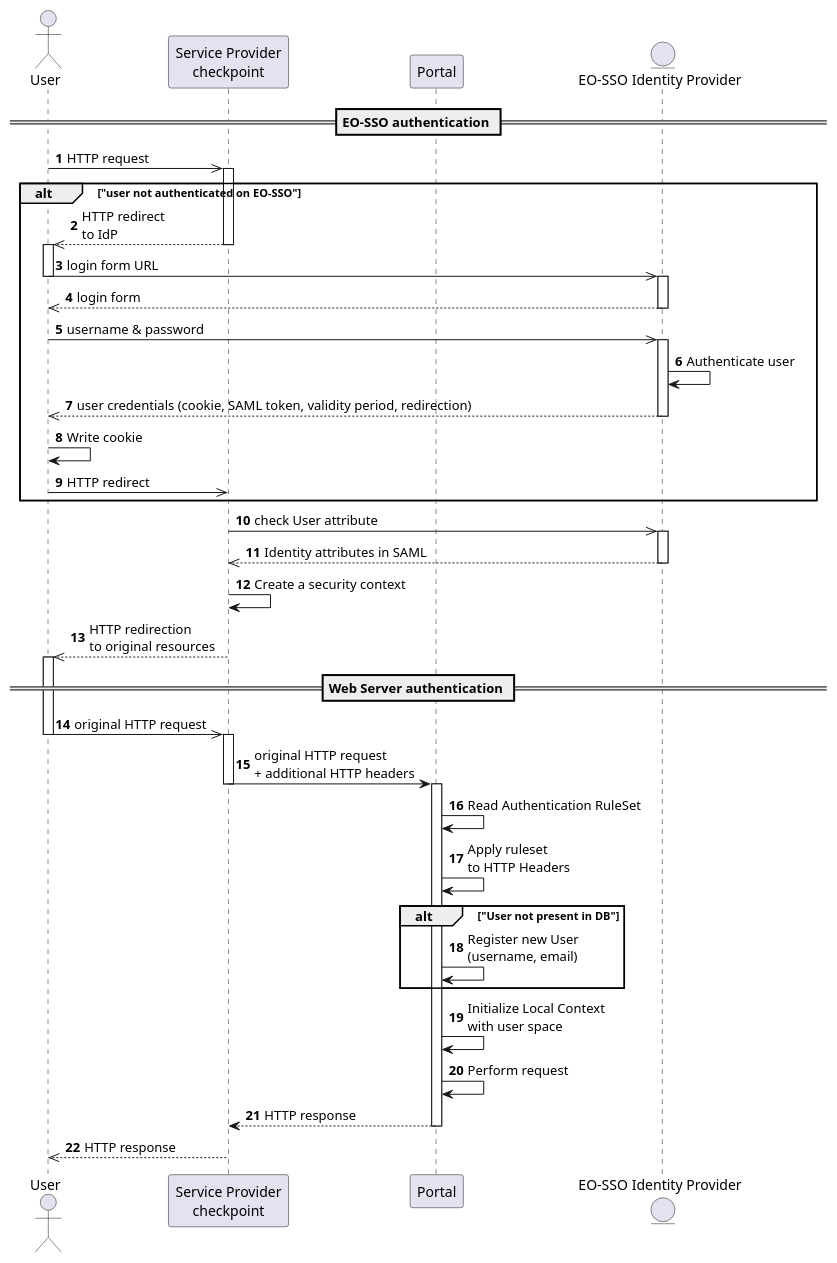
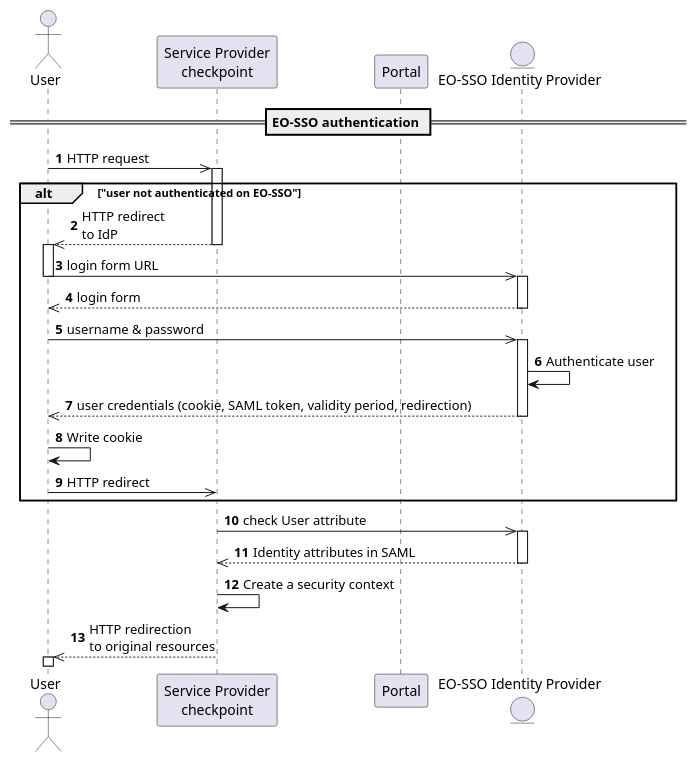
Before and after one commit to urban-tep/DDF-SDD: the second of 3 diagrams in source/groups/group___auth___umsso.rst, drawn with PlantUML. The commit also changed 14 other files, not shown here.

```diff
--- a/source/groups/group___auth___umsso.rst
+++ b/source/groups/group___auth___umsso.rst
@@ -59,74 +59,48 @@
 .. uml::
-	:caption: EO-SSO protected HTTP request sequence diagram
+	:caption: EO-SSO protected HTTP request sequence diagram (1)
 	:align: center
 
 
 	actor "User" as U
 	participant "Service Provider\ncheckpoint" as W
 	participant "Portal" as C
 	entity "EO-SSO Identity Provider" as I
 	
 	autonumber
 	
 	== EO-SSO authentication ==
 	
 	U ->> W: HTTP request
 	activate W
 	
 	alt "user not authenticated on EO-SSO"
 	
 	W -->> U: HTTP redirect\nto IdP
 	deactivate W
 	activate U
 	U ->> I: login form URL
 	deactivate U
 	activate I
 	I -->> U: login form
 	deactivate I
 	
 	U ->> I: username & password
 	activate I
 	I -> I:Authenticate user
 	I -->> U: user credentials (cookie, SAML token, validity period, redirection)
 	deactivate I
 	
 	U -> U: Write cookie
 	U ->> W: HTTP redirect
 	
 	end
 	
 	activate W
 	W ->> I: check User attribute
 	activate I
 	I -->> W: Identity attributes in SAML
 	deactivate I
 	W -> W: Create a security context
 	W -->> U: HTTP redirection\nto original resources
 	deactivate W
 	activate U
-	
-	== Web Server authentication ==
-	
-	U ->> W: original HTTP request
-	deactivate U
-	activate W
-	W -> C: original HTTP request\n+ additional HTTP headers
-	deactivate W
-	
-	activate C
-	
-	C -> C: Read Authentication RuleSet
-	C -> C: Apply ruleset\nto HTTP Headers
-	
-	alt "User not present in DB"
-	
-	C -> C: Register new User\n(username, email)
-	
-	end
-	
-	C -> C: Initialize Local Context\nwith user space
-	C -> C: Perform request 
-	
-	C --> W: HTTP response
-	deactivate C
-	W -->> U: HTTP response
```
